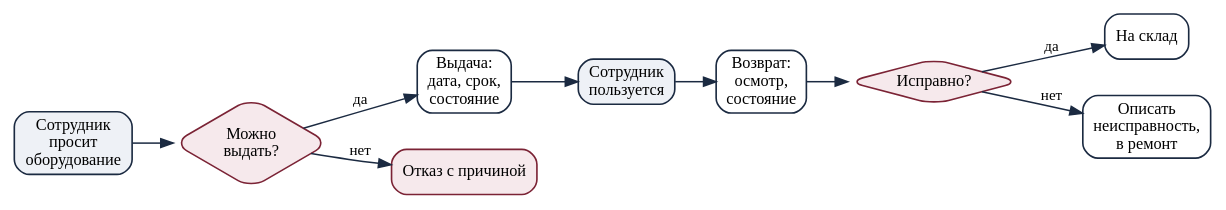
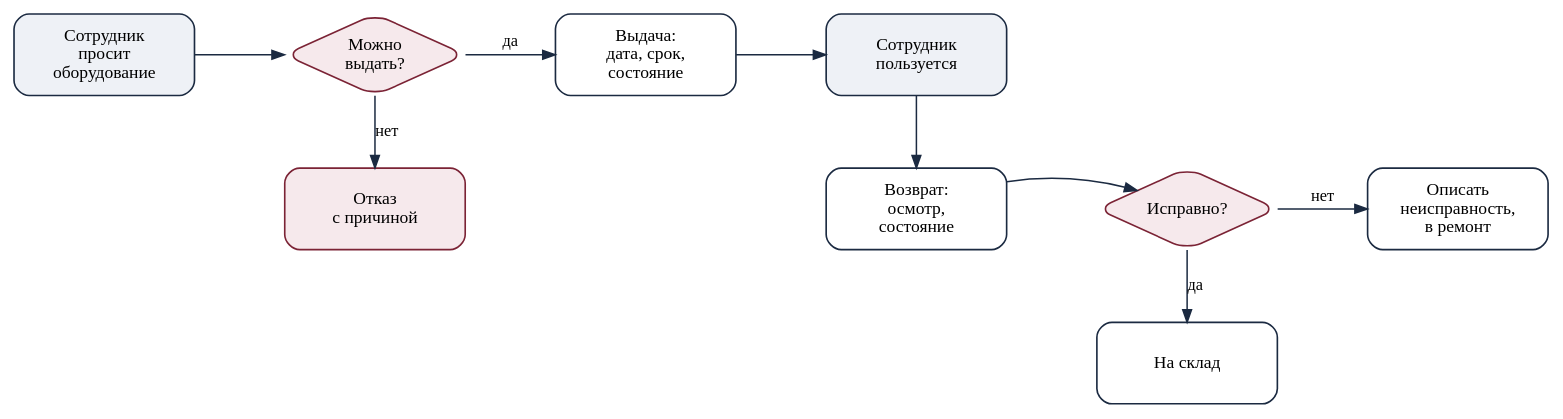
The diagram in docs/report/diagrams/process.dot (Black287234/KP-Nek), drawn with Graphviz before and after one commit. The commit also changed 7 other files, not shown here.

First line of the commit message:
Оформление документов: перенос строк в листингах, ширины столбцов таблиц, нумерованный список источников, упрощённые схемы

```diff
--- a/docs/report/diagrams/process.dot
+++ b/docs/report/diagrams/process.dot
@@ -1,15 +1,23 @@
 digraph G {
-  graph [rankdir=LR, fontname="Liberation Serif", bgcolor=white, nodesep=0.4, ranksep=0.45];
-  node [fontname="Liberation Serif", fontsize=13, shape=box, style="rounded,filled", fillcolor=white, color="#1b2a41", penwidth=1.3];
-  edge [fontname="Liberation Serif", fontsize=12, color="#1b2a41", penwidth=1.2];
+  graph [rankdir=TB, fontname="Liberation Serif", bgcolor=white, nodesep=0.5, ranksep=0.6];
+  node [fontname="Liberation Serif", fontsize=14, shape=box, style="rounded,filled", fillcolor=white, color="#1b2a41", penwidth=1.3, width=2.0, height=0.9];
+  edge [fontname="Liberation Serif", fontsize=13, color="#1b2a41", penwidth=1.2];
   a [label="Сотрудник\nпросит\nоборудование", fillcolor="#eef1f6"];
   b [label="Можно\nвыдать?", shape=diamond, fillcolor="#f6e9ec", color="#7b2335"];
   c [label="Выдача:\nдата, срок,\nсостояние"];
   d [label="Сотрудник\nпользуется", fillcolor="#eef1f6"];
   e [label="Возврат:\nосмотр,\nсостояние"];
   f [label="Исправно?", shape=diamond, fillcolor="#f6e9ec", color="#7b2335"];
   g [label="На склад"];
   h [label="Описать\nнеисправность,\nв ремонт"];
-  x [label="Отказ с причиной", fillcolor="#f6e9ec", color="#7b2335"];
-  a -> b; b -> c [label="да"]; b -> x [label="нет"]; c -> d -> e -> f; f -> g [label="да"]; f -> h [label="нет"];
+  x [label="Отказ\nс причиной", fillcolor="#f6e9ec", color="#7b2335"];
+  {rank=same; a; b; c; d}
+  {rank=same; x; h; f; e}
+  a -> b; b -> c [label="да"]; c -> d;
+  b -> x [label="нет"];
+  d -> e;
+  e -> f [dir=back, arrowtail=none, arrowhead=none, style=invis];
+  e -> f [constraint=false];
+  f -> h [label="нет", constraint=false];
+  f -> g [label="да"];
 }
```
